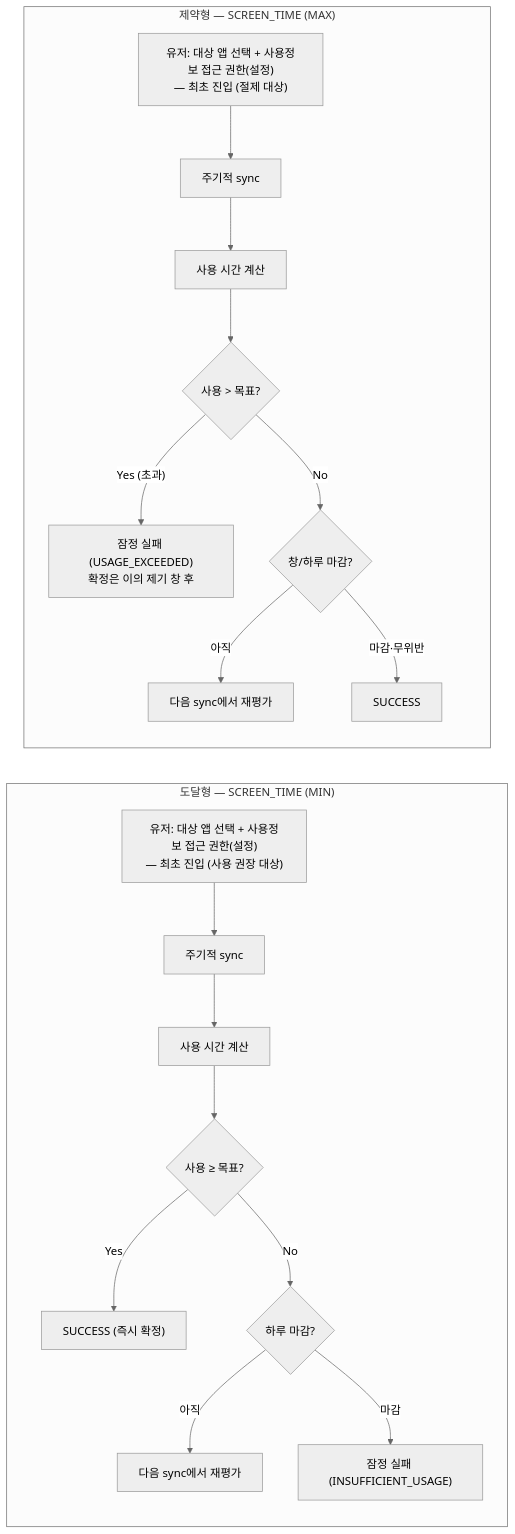
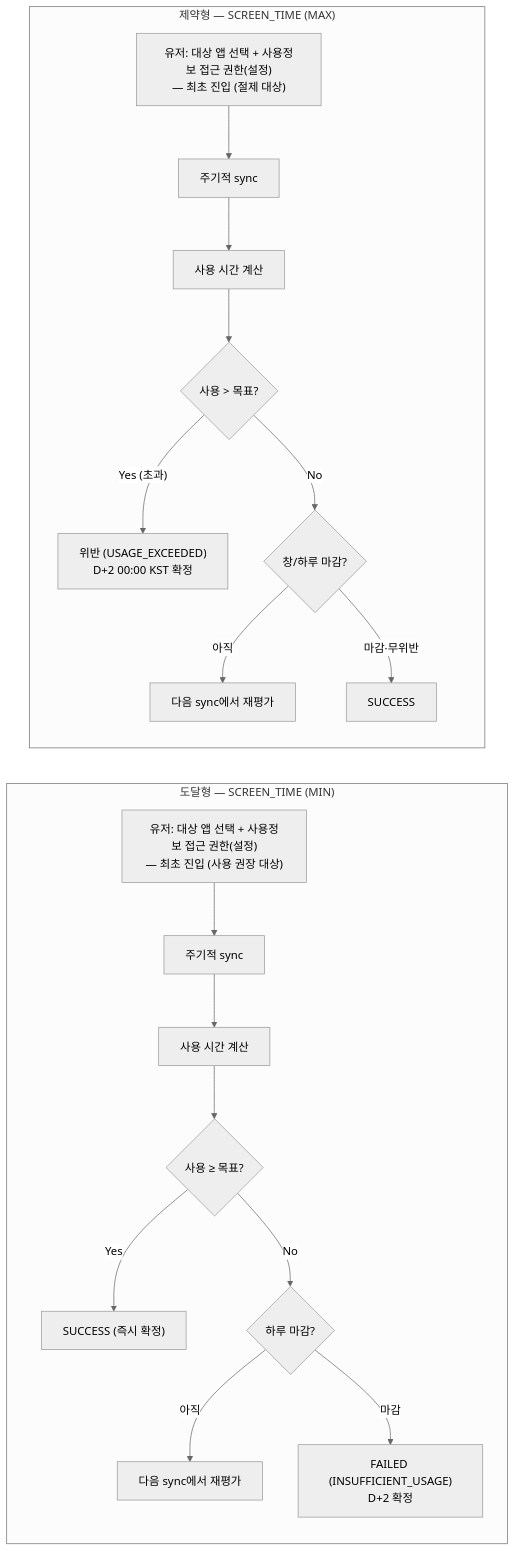
One commit to RuleUp-ASM/Backend changed the sixth of 10 diagrams in docs/check/인증구현.md. Above: the diagram before and after it, drawn with Mermaid (neutral theme). The commit also changed other lines of this file and 7 other files, not shown here.

````diff
--- a/docs/check/인증구현.md
+++ b/docs/check/인증구현.md
@@ -345,24 +351,24 @@
 ```mermaid
 flowchart LR
 subgraph REACH ["도달형 — SCREEN_TIME (MIN)"]
 direction TB
 A1["유저: 대상 앱 선택 + 사용정보 접근 권한(설정)<br/>— 최초 진입 (사용 권장 대상)"] --> B1["주기적 sync"]
 B1 --> C1["사용 시간 계산"]
 C1 --> MIN{"사용 ≥ 목표?"}
 MIN -->|Yes| OK1["SUCCESS (즉시 확정)"]
 MIN -->|No| W1{"하루 마감?"}
 W1 -->|아직| L1["다음 sync에서 재평가"]
-W1 -->|마감| F1["잠정 실패 (INSUFFICIENT_USAGE)"]
+W1 -->|마감| F1["FAILED (INSUFFICIENT_USAGE)<br/>D+2 확정"]
 end
 
 subgraph CONST ["제약형 — SCREEN_TIME (MAX)"]
 direction TB
 A2["유저: 대상 앱 선택 + 사용정보 접근 권한(설정)<br/>— 최초 진입 (절제 대상)"] --> B2["주기적 sync"]
 B2 --> C2["사용 시간 계산"]
 C2 --> MAX{"사용 > 목표?"}
-MAX -->|"Yes (초과)"| F2["잠정 실패 (USAGE_EXCEEDED)<br/>확정은 이의 제기 창 후"]
+MAX -->|"Yes (초과)"| F2["위반 (USAGE_EXCEEDED)<br/>D+2 00:00 KST 확정"]
 MAX -->|No| W2{"창/하루 마감?"}
 W2 -->|아직| L2["다음 sync에서 재평가"]
 W2 -->|"마감·무위반"| OK2["SUCCESS"]
 end
 ```
````
